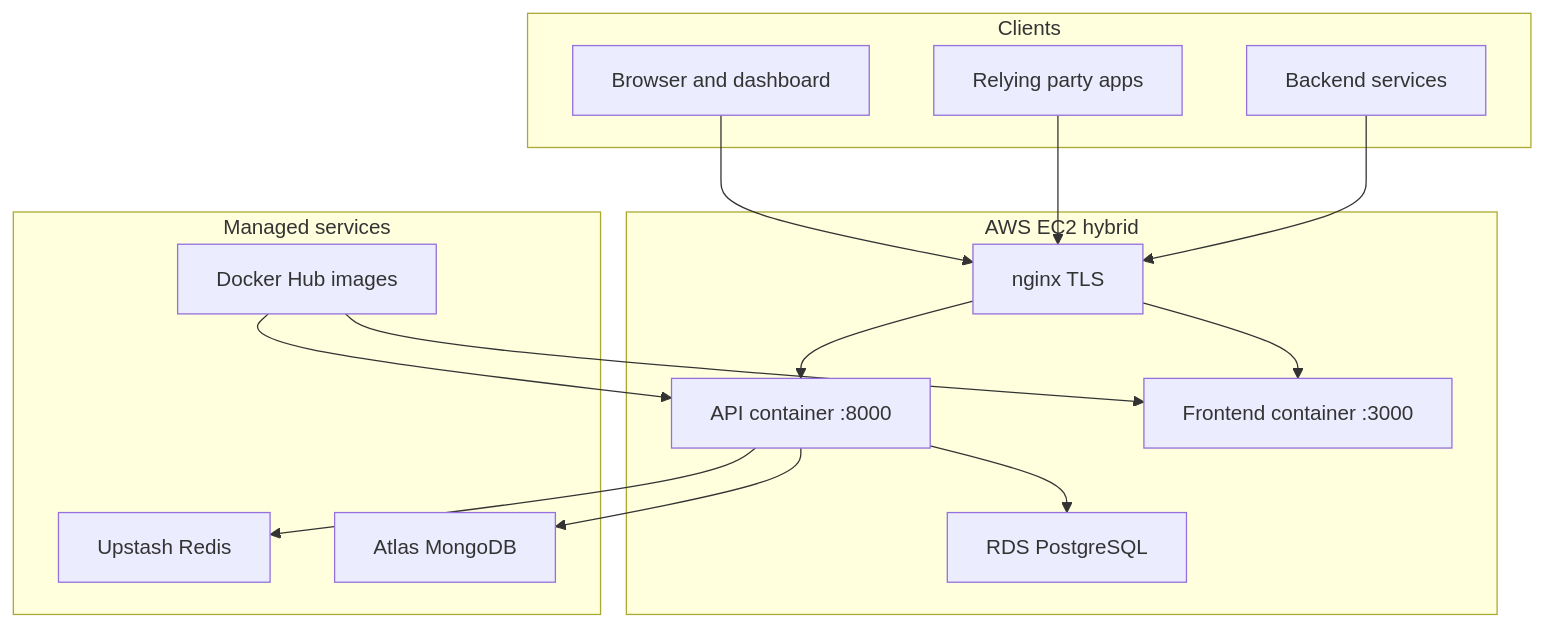
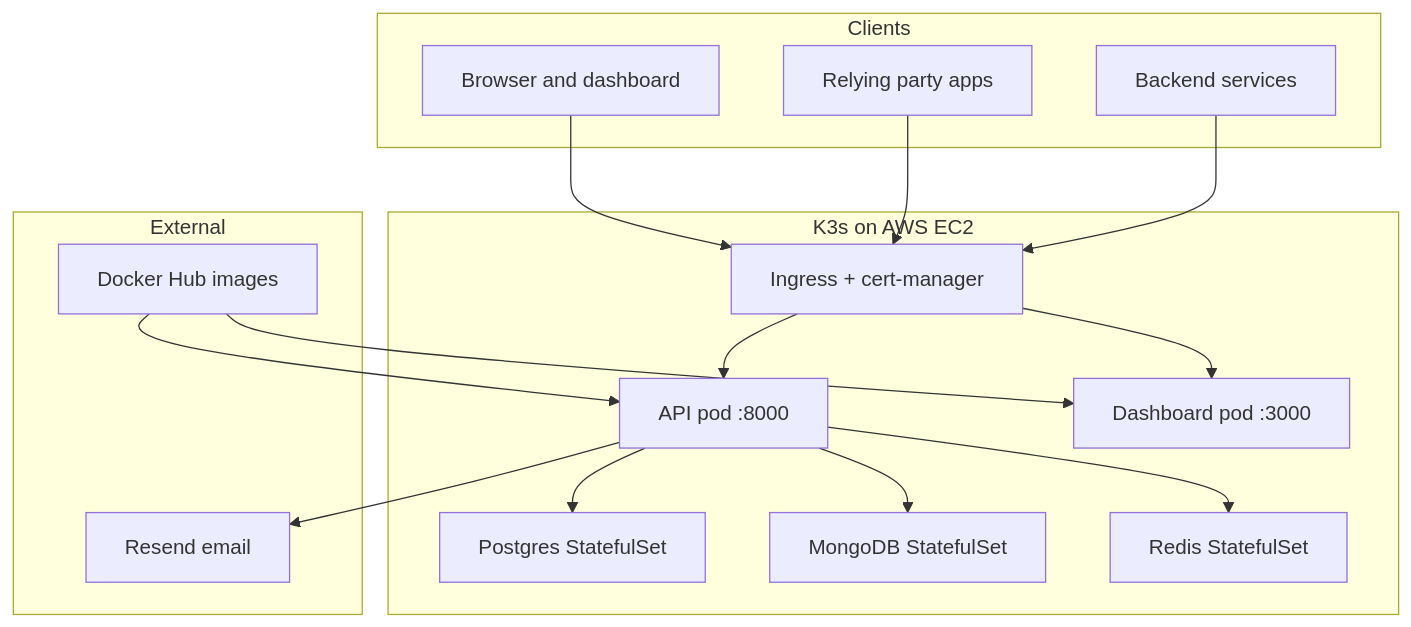
The first of 4 diagrams in docs/architecture.md (auth-engine/auth-engine-docs), drawn with Mermaid before and after one commit. The commit also changed other lines of this file and 3 other files, not shown here.

````diff
--- a/docs/architecture.md
+++ b/docs/architecture.md
@@ -18,32 +18,34 @@
 ```mermaid
 flowchart TB
     subgraph clients ["Clients"]
         browser["Browser and dashboard"]
         rp["Relying party apps"]
         backend_svc["Backend services"]
     end
 
-    subgraph aws_infra ["AWS EC2 hybrid"]
-        nginx["nginx TLS"]
-        api_ctr["API container :8000"]
-        fe_ctr["Frontend container :3000"]
-        rds["RDS PostgreSQL"]
+    subgraph k8s ["K3s on AWS EC2"]
+        ingress["Ingress + cert-manager"]
+        api_ctr["API pod :8000"]
+        fe_ctr["Dashboard pod :3000"]
+        pg["Postgres StatefulSet"]
+        mongo["MongoDB StatefulSet"]
+        redis["Redis StatefulSet"]
     end
 
-    subgraph managed ["Managed services"]
-        upstash["Upstash Redis"]
-        atlas["Atlas MongoDB"]
+    subgraph external ["External"]
         hub["Docker Hub images"]
+        resend["Resend email"]
     end
 
-    browser --> nginx
-    rp --> nginx
-    backend_svc --> nginx
-    nginx --> api_ctr
-    nginx --> fe_ctr
-    api_ctr --> rds
-    api_ctr --> upstash
-    api_ctr --> atlas
+    browser --> ingress
+    rp --> ingress
+    backend_svc --> ingress
+    ingress --> api_ctr
+    ingress --> fe_ctr
+    api_ctr --> pg
+    api_ctr --> mongo
+    api_ctr --> redis
+    api_ctr --> resend
     hub --> api_ctr
     hub --> fe_ctr
 ```
````
